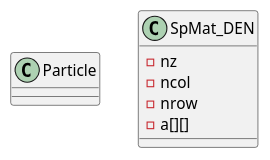
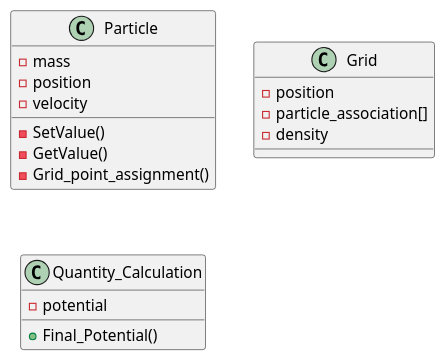
One commit to brigettesegovia/NERS570_NFW_Final_Project changed the diagram in uml_diagram.puml. Above: the diagram before and after it, drawn with PlantUML.

Commit message:
Updated uml diagram

```diff
--- a/uml_diagram.puml
+++ b/uml_diagram.puml
@@ -1,9 +1,21 @@
 @startuml
 
 class Particle
-SpMat_DEN : - nz
-SpMat_DEN : - ncol
-SpMat_DEN : - nrow
-SpMat_DEN : - a[][]
+Particle : - mass
+Particle : - position
+Particle : - velocity
+Particle : - SetValue()
+Particle : - GetValue()
+Particle : - Grid_point_assignment()
+
+class Grid
+Grid : - position
+Grid : - particle_association[]
+Grid : - density
+
+class Quantity_Calculation
+Quantity_Calculation : - potential
+'
+Quantity_Calculation : + Final_Potential()
 
 @enduml
```
